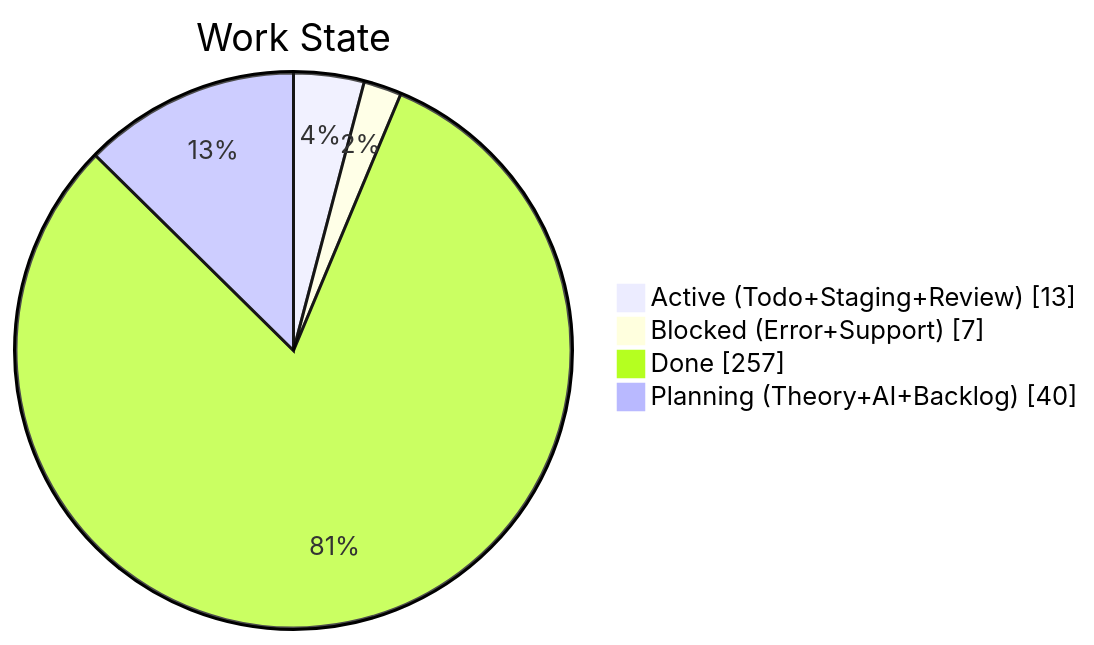
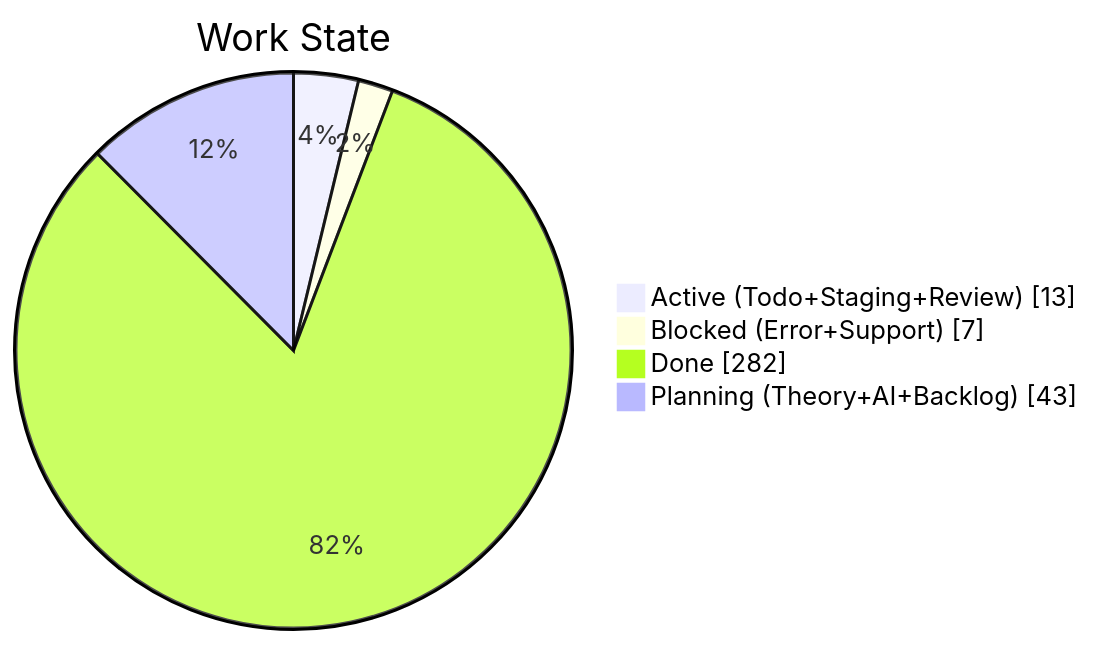
The second of 4 diagrams in apps/kbve/astro-kbve/src/content/docs/dashboard/kanban-data.mdx (KBVE/kbve), drawn with Mermaid before and after one commit. The commit also changed other lines of this file and 8 other files, not shown here.

````diff
--- a/apps/kbve/astro-kbve/src/content/docs/dashboard/kanban-data.mdx
+++ b/apps/kbve/astro-kbve/src/content/docs/dashboard/kanban-data.mdx
@@ -68,8 +68,8 @@
 ```mermaid
 pie showData
     title Work State
     "Active (Todo+Staging+Review)" : 13
     "Blocked (Error+Support)" : 7
-    "Done" : 257
-    "Planning (Theory+AI+Backlog)" : 40
+    "Done" : 282
+    "Planning (Theory+AI+Backlog)" : 43
 ```
````
